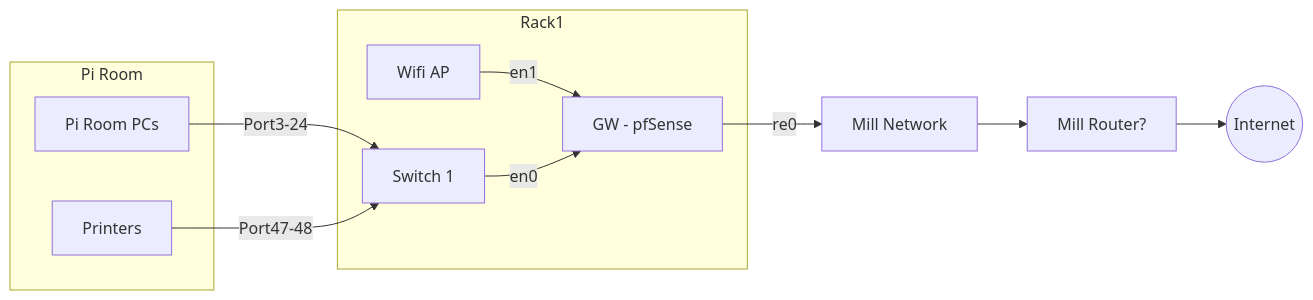
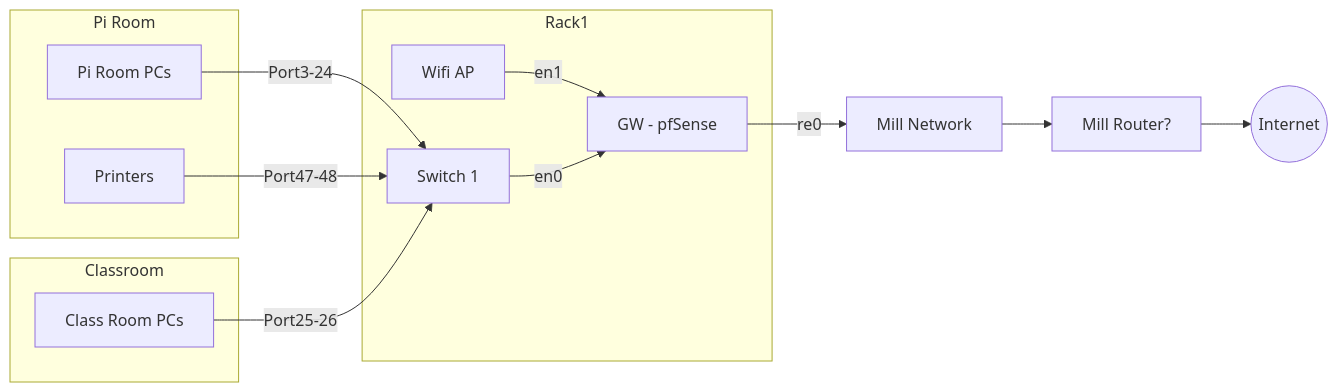
One commit to leigh-hackspace/HackspaceWiki changed the first of 2 diagrams in docs/membership/member_information/network_layout.md. Above: the diagram before and after it, drawn with Mermaid.

Commit message:
Add classroom ports to map

````diff
--- a/docs/membership/member_information/network_layout.md
+++ b/docs/membership/member_information/network_layout.md
@@ -16,16 +16,20 @@
 ```mermaid
 graph LR
     subgraph Rack1
     GW[GW - pfSense] 
     AP[Wifi AP] -->|en1| GW
     SWITCH1[Switch 1] -->|en0| GW
     end
 
     GW -->|re0| MILL
     MILL[Mill Network] --> MILLROUTER[Mill Router?] --> INTERNET((Internet))
     
     subgraph Pi Room
     PIROOMPC[Pi Room PCs] -->|Port3-24| SWITCH1
     PRINTERS[Printers] -->|Port47-48| SWITCH1
     end
+
+    subgraph Classroom
+    CLASSROOMPC[Class Room PCs] -->|Port25-26| SWITCH1
+    end
 ```
````
